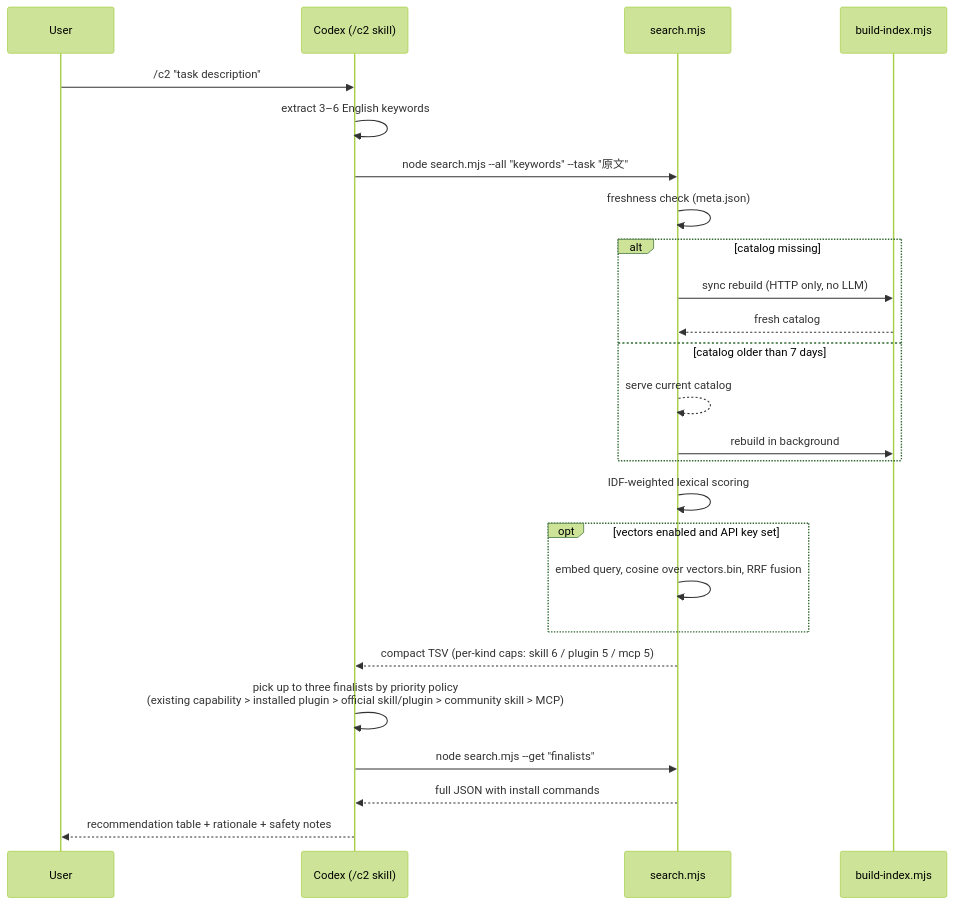
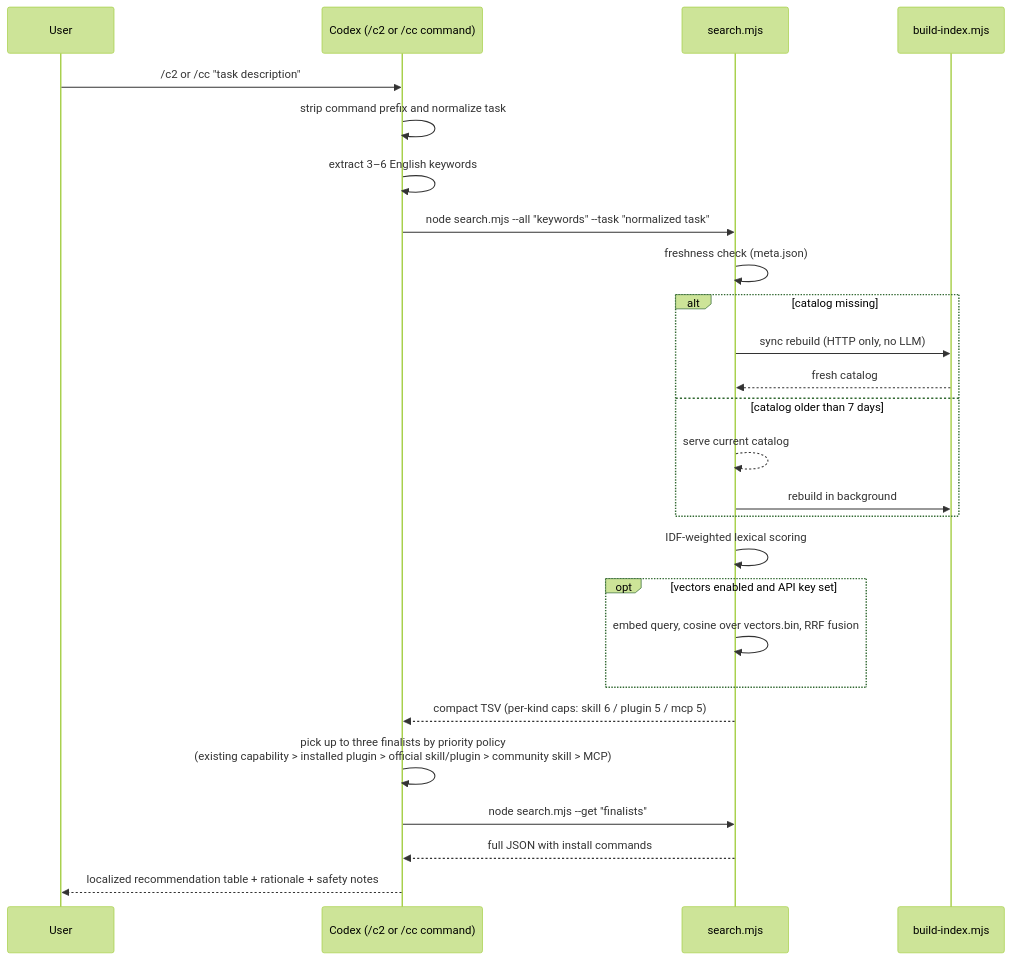
Before and after one commit to happygoluckydev/c2: the second of 2 diagrams in README.md, drawn with Mermaid (forest theme). The commit also changed other lines of this file and 4 other files, not shown here.

````diff
--- a/README.md
+++ b/README.md
@@ -79,28 +85,29 @@
 ```mermaid
 sequenceDiagram
     participant U as User
-    participant C as Codex (/c2 skill)
+    participant C as Codex (/c2 or /cc command)
     participant S as search.mjs
     participant B as build-index.mjs
 
-    U->>C: /c2 "task description"
+    U->>C: /c2 or /cc "task description"
+    C->>C: strip command prefix and normalize task
     C->>C: extract 3–6 English keywords
-    C->>S: node search.mjs --all "keywords" --task "原文"
+    C->>S: node search.mjs --all "keywords" --task "normalized task"
     S->>S: freshness check (meta.json)
     alt catalog missing
         S->>B: sync rebuild (HTTP only, no LLM)
         B-->>S: fresh catalog
     else catalog older than 7 days
         S-->>S: serve current catalog
         S->>B: rebuild in background
     end
     S->>S: IDF-weighted lexical scoring
     opt vectors enabled and API key set
         S->>S: embed query, cosine over vectors.bin, RRF fusion
     end
     S-->>C: compact TSV (per-kind caps: skill 6 / plugin 5 / mcp 5)
     C->>C: pick up to three finalists by priority policy<br/>(existing capability > installed plugin > official skill/plugin > community skill > MCP)
     C->>S: node search.mjs --get "finalists"
     S-->>C: full JSON with install commands
-    C-->>U: recommendation table + rationale + safety notes
+    C-->>U: localized recommendation table + rationale + safety notes
 ```
````
